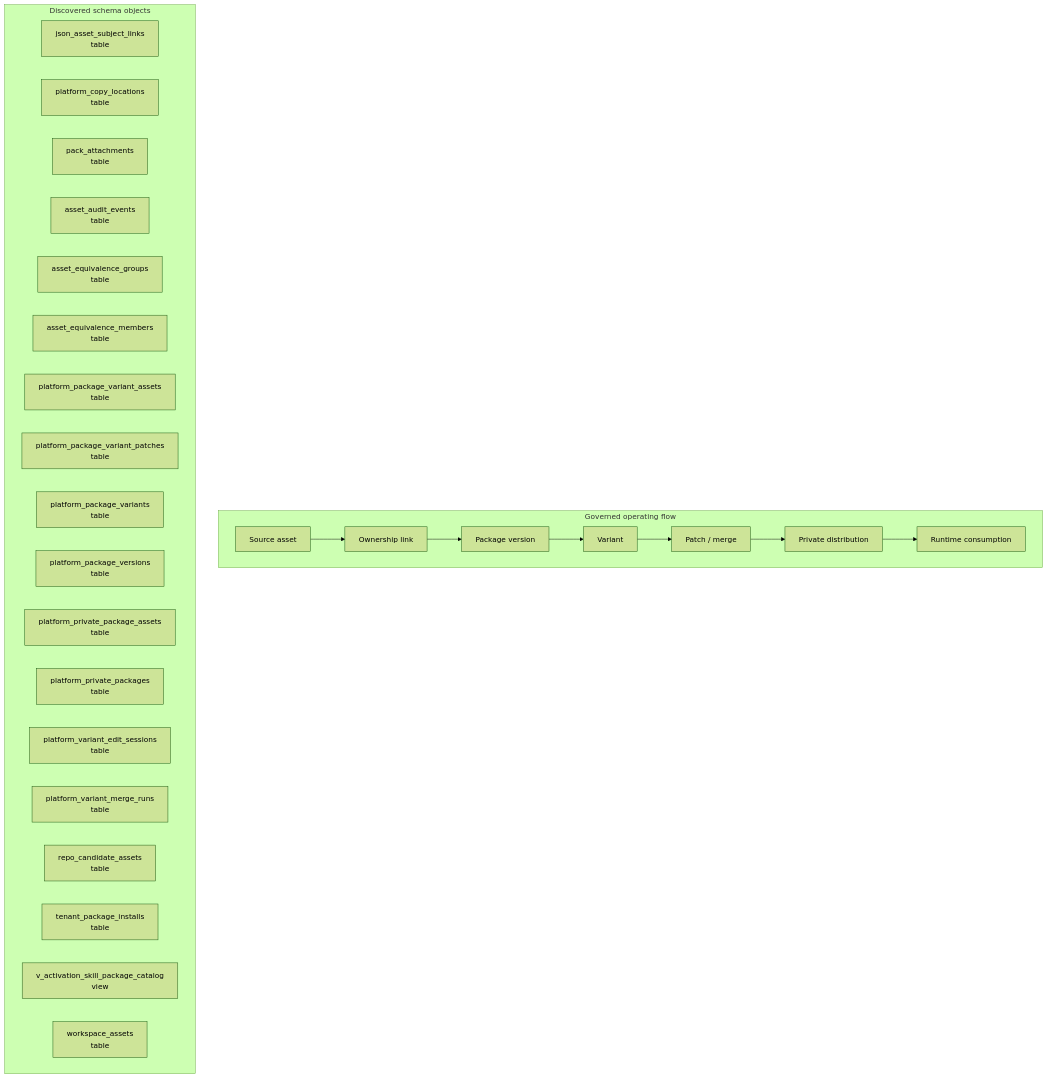
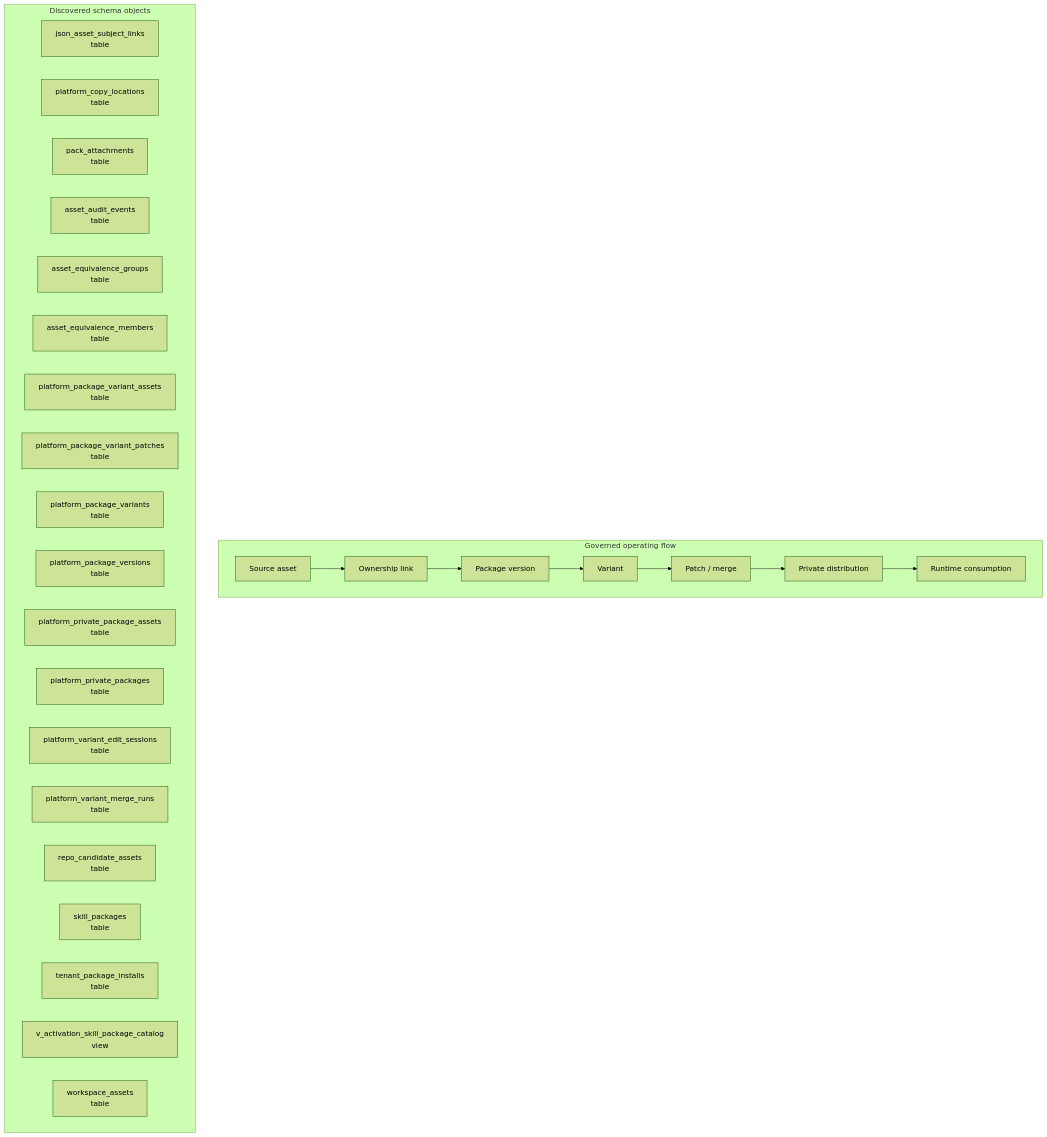
Before and after one commit to mad4bdigital-ai/multi-business-multi-role-growth-intelligence-os: the diagram in docs/work-maps/asset-package-map.md, drawn with Mermaid (forest theme). The commit also changed other lines of this file and 29 other files, not shown here.

Commit message:
fix(staging): bootstrap canonical schema objects before ordered migration use

````diff
--- a/docs/work-maps/asset-package-map.md
+++ b/docs/work-maps/asset-package-map.md
@@ -9,39 +9,40 @@
 ```mermaid
 flowchart TD
   subgraph OperatingFlow["Governed operating flow"]
   c_0["Source asset"]
   c_1["Ownership link"]
   c_2["Package version"]
   c_3["Variant"]
   c_4["Patch / merge"]
   c_5["Private distribution"]
   c_6["Runtime consumption"]
   c_0 --> c_1
   c_1 --> c_2
   c_2 --> c_3
   c_3 --> c_4
   c_4 --> c_5
   c_5 --> c_6
   end
   subgraph DiscoveredSchema["Discovered schema objects"]
   n_json_asset_subject_links["json_asset_subject_links<br/>table"]
   n_platform_copy_locations["platform_copy_locations<br/>table"]
   n_pack_attachments["pack_attachments<br/>table"]
   n_asset_audit_events["asset_audit_events<br/>table"]
   n_asset_equivalence_groups["asset_equivalence_groups<br/>table"]
   n_asset_equivalence_members["asset_equivalence_members<br/>table"]
   n_platform_package_variant_assets["platform_package_variant_assets<br/>table"]
   n_platform_package_variant_patches["platform_package_variant_patches<br/>table"]
   n_platform_package_variants["platform_package_variants<br/>table"]
   n_platform_package_versions["platform_package_versions<br/>table"]
   n_platform_private_package_assets["platform_private_package_assets<br/>table"]
   n_platform_private_packages["platform_private_packages<br/>table"]
   n_platform_variant_edit_sessions["platform_variant_edit_sessions<br/>table"]
   n_platform_variant_merge_runs["platform_variant_merge_runs<br/>table"]
   n_repo_candidate_assets["repo_candidate_assets<br/>table"]
+  n_skill_packages["skill_packages<br/>table"]
   n_tenant_package_installs["tenant_package_installs<br/>table"]
   n_v_activation_skill_package_catalog["v_activation_skill_package_catalog<br/>view"]
   n_workspace_assets["workspace_assets<br/>table"]
 
   end
 ```
````
